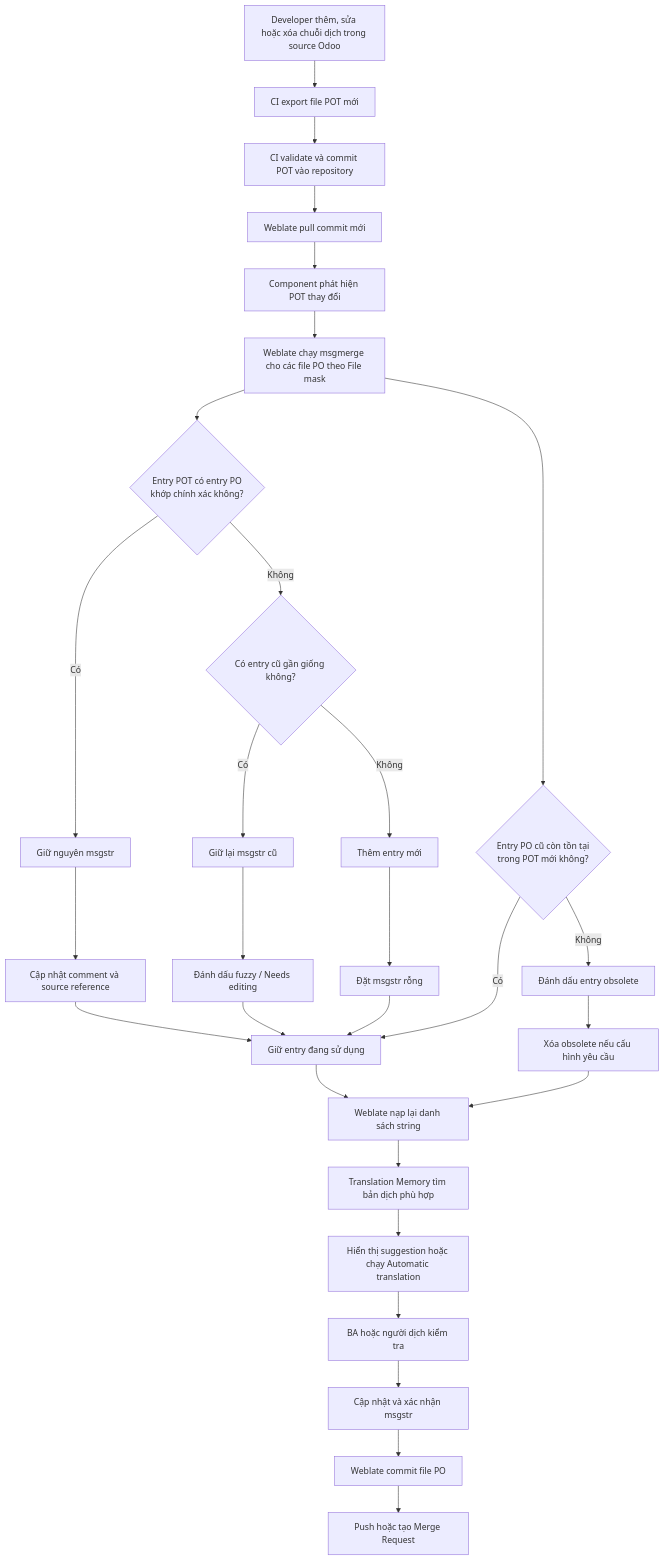
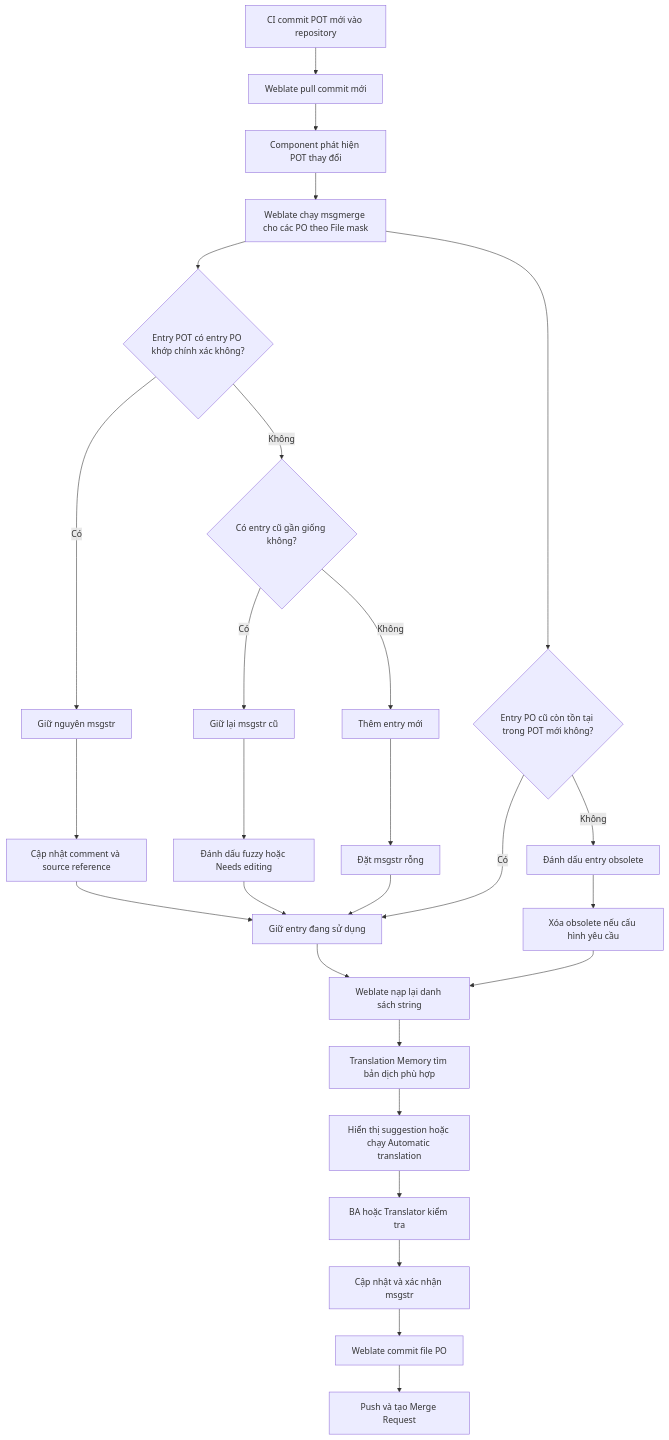
Before and after one commit to linh404/VDX-intern: the third of 4 diagrams in weblate/README.md, drawn with Mermaid. The commit also changed other lines of this file, not shown here.

````diff
--- a/weblate/README.md
+++ b/weblate/README.md
@@ -570,72 +512,62 @@
 ```mermaid
 flowchart TD
-    A[Developer thêm, sửa hoặc xóa chuỗi dịch trong source Odoo]
-    B[CI export file POT mới]
-    C[CI validate và commit POT vào repository]
-    D[Weblate pull commit mới]
-    E[Component phát hiện POT thay đổi]
-    F[Weblate chạy msgmerge cho các file PO theo File mask]
+    A[CI commit POT mới vào repository]
+    B[Weblate pull commit mới]
+    C[Component phát hiện POT thay đổi]
+    D[Weblate chạy msgmerge cho các PO theo File mask]
 
-    G{Entry POT có entry PO<br/>khớp chính xác không?}
+    E{Entry POT có entry PO khớp chính xác không?}
+    F[Giữ nguyên msgstr]
+    G[Cập nhật comment và source reference]
 
-    H[Giữ nguyên msgstr]
-    I[Cập nhật comment và source reference]
+    H{Có entry cũ gần giống không?}
+    I[Giữ lại msgstr cũ]
+    J[Đánh dấu fuzzy hoặc Needs editing]
 
-    J{Có entry cũ gần giống không?}
-    K[Giữ lại msgstr cũ]
-    L[Đánh dấu fuzzy / Needs editing]
+    K[Thêm entry mới]
+    L[Đặt msgstr rỗng]
 
-    M[Thêm entry mới]
-    N[Đặt msgstr rỗng]
+    M{Entry PO cũ còn tồn tại trong POT mới không?}
+    N[Giữ entry đang sử dụng]
+    O[Đánh dấu entry obsolete]
+    P[Xóa obsolete nếu cấu hình yêu cầu]
 
-    O{Entry PO cũ còn tồn tại<br/>trong POT mới không?}
-    P[Giữ entry đang sử dụng]
-    Q[Đánh dấu entry obsolete]
-    R[Xóa obsolete nếu cấu hình yêu cầu]
-
-    S[Weblate nạp lại danh sách string]
-    T[Translation Memory tìm bản dịch phù hợp]
-    U[Hiển thị suggestion hoặc chạy Automatic translation]
-    V[BA hoặc người dịch kiểm tra]
-    W[Cập nhật và xác nhận msgstr]
-    X[Weblate commit file PO]
-    Y[Push hoặc tạo Merge Request]
+    Q[Weblate nạp lại danh sách string]
+    R[Translation Memory tìm bản dịch phù hợp]
+    S[Hiển thị suggestion hoặc chạy Automatic translation]
+    T[BA hoặc Translator kiểm tra]
+    U[Cập nhật và xác nhận msgstr]
+    V[Weblate commit file PO]
+    W[Push và tạo Merge Request]
 
     A --> B
     B --> C
     C --> D
     D --> E
-    E --> F
 
+    E -- Có --> F
     F --> G
+    G --> N
 
-    G -- Có --> H
-    H --> I
-    I --> P
+    E -- Không --> H
+    H -- Có --> I
+    I --> J
+    J --> N
+    H -- Không --> K
+    K --> L
+    L --> N
 
-    G -- Không --> J
+    D --> M
+    M -- Có --> N
+    M -- Không --> O
+    O --> P
 
-    J -- Có --> K
-    K --> L
-    L --> P
-
-    J -- Không --> M
-    M --> N
-    N --> P
-
-    F --> O
-
-    O -- Có --> P
-    O -- Không --> Q
+    N --> Q
+    P --> Q
     Q --> R
-
-    P --> S
     R --> S
-
     S --> T
     T --> U
     U --> V
     V --> W
-    W --> X
-    X --> Y
 ```
````
